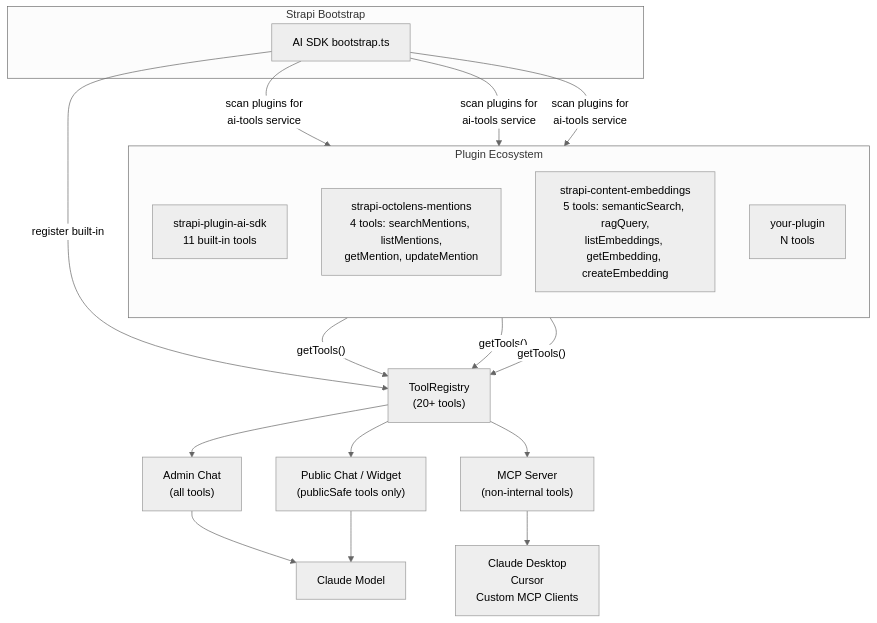
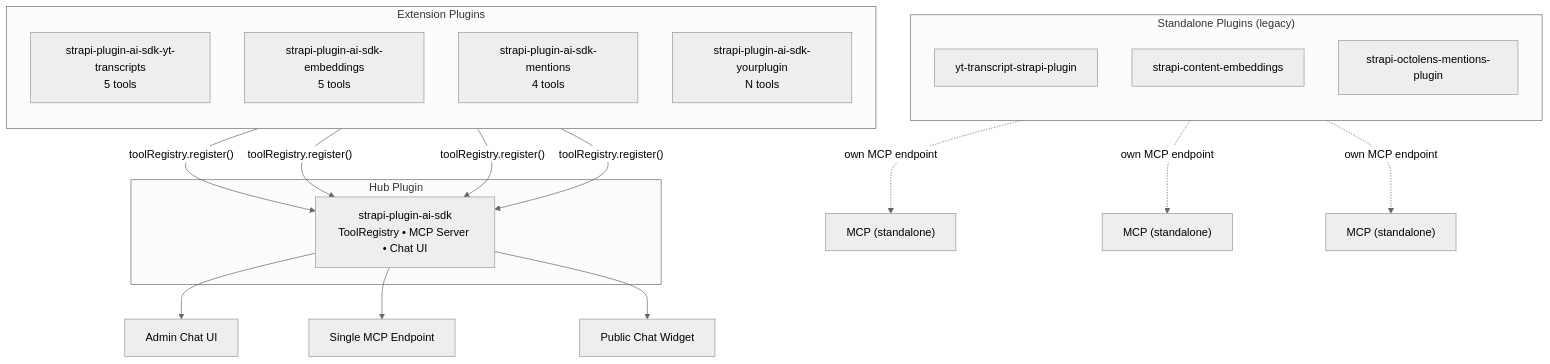
One commit to PaulBratslavsky/strapi-plugin-ai-sdk changed the diagram in docs/tool-standardization-spec.md. Above: the diagram before and after it, drawn with Mermaid (neutral theme). The commit also changed other lines of this file and 30 other files, not shown here.

````diff
--- a/docs/tool-standardization-spec.md
+++ b/docs/tool-standardization-spec.md
@@ -905,31 +26,34 @@
 ```mermaid
 flowchart TB
-  subgraph "Strapi Bootstrap"
-    Boot["AI SDK bootstrap.ts"]
+  subgraph "Hub Plugin"
+    AISDK["strapi-plugin-ai-sdk<br/>ToolRegistry • MCP Server • Chat UI"]
   end
 
-  subgraph "Plugin Ecosystem"
+  subgraph "Extension Plugins"
     direction TB
-    P1["strapi-plugin-ai-sdk<br/>11 built-in tools"]
-    P2["strapi-octolens-mentions<br/>4 tools: searchMentions, listMentions,<br/>getMention, updateMention"]
-    P3["strapi-content-embeddings<br/>5 tools: semanticSearch, ragQuery,<br/>listEmbeddings, getEmbedding, createEmbedding"]
-    P4["your-plugin<br/>N tools"]
+    E1["strapi-plugin-ai-sdk-yt-transcripts<br/>5 tools"]
+    E2["strapi-plugin-ai-sdk-embeddings<br/>5 tools"]
+    E3["strapi-plugin-ai-sdk-mentions<br/>4 tools"]
+    E4["strapi-plugin-ai-sdk-yourplugin<br/>N tools"]
   end
 
-  Boot -->|"register built-in"| R["ToolRegistry<br/>(20+ tools)"]
-  Boot -->|"scan plugins for<br/>ai-tools service"| P2
-  Boot -->|"scan plugins for<br/>ai-tools service"| P3
-  Boot -->|"scan plugins for<br/>ai-tools service"| P4
+  subgraph "Standalone Plugins (legacy)"
+    direction TB
+    S1["yt-transcript-strapi-plugin"]
+    S2["strapi-content-embeddings"]
+    S3["strapi-octolens-mentions-plugin"]
+  end
 
-  P2 -->|"getTools()"| R
-  P3 -->|"getTools()"| R
-  P4 -->|"getTools()"| R
+  E1 -->|"toolRegistry.register()"| AISDK
+  E2 -->|"toolRegistry.register()"| AISDK
+  E3 -->|"toolRegistry.register()"| AISDK
+  E4 -->|"toolRegistry.register()"| AISDK
 
-  R --> C1["Admin Chat<br/>(all tools)"]
-  R --> C2["Public Chat / Widget<br/>(publicSafe tools only)"]
-  R --> C3["MCP Server<br/>(non-internal tools)"]
+  AISDK --> Chat["Admin Chat UI"]
+  AISDK --> MCP["Single MCP Endpoint"]
+  AISDK --> Widget["Public Chat Widget"]
 
-  C1 --> AI["Claude Model"]
-  C2 --> AI
-  C3 --> Clients["Claude Desktop<br/>Cursor<br/>Custom MCP Clients"]
+  S1 -.->|"own MCP endpoint"| MCP1["MCP (standalone)"]
+  S2 -.->|"own MCP endpoint"| MCP2["MCP (standalone)"]
+  S3 -.->|"own MCP endpoint"| MCP3["MCP (standalone)"]
 ```
````
